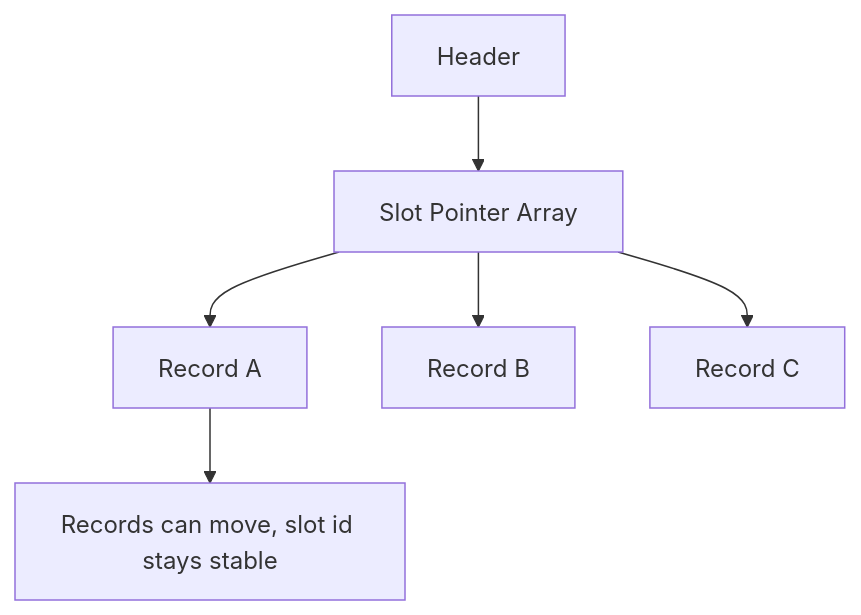
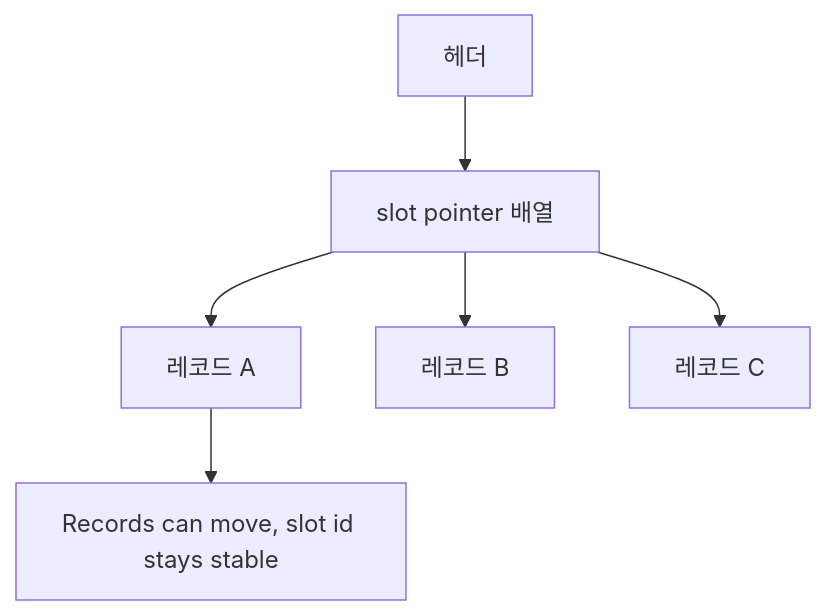
One commit to mandoobox/mandoobox.github.io changed diagram 22 of 54 in _posts/cs-note/2026-02-27-database.md. Above: the diagram before and after it, drawn with Mermaid. The commit also changed other lines of this file and 18 other files, not shown here.

````diff
--- a/_posts/cs-note/2026-02-27-database.md
+++ b/_posts/cs-note/2026-02-27-database.md
@@ -780,8 +781,8 @@
 ```mermaid
 flowchart TD
-  H[Header] --> SP[Slot Pointer Array]
-  SP --> R1[Record A]
-  SP --> R2[Record B]
-  SP --> R3[Record C]
+  H[헤더] --> SP[slot pointer 배열]
+  SP --> R1[레코드 A]
+  SP --> R2[레코드 B]
+  SP --> R3[레코드 C]
   R1 --> MOVE["Records can move, slot id stays stable"]
 ```
````
